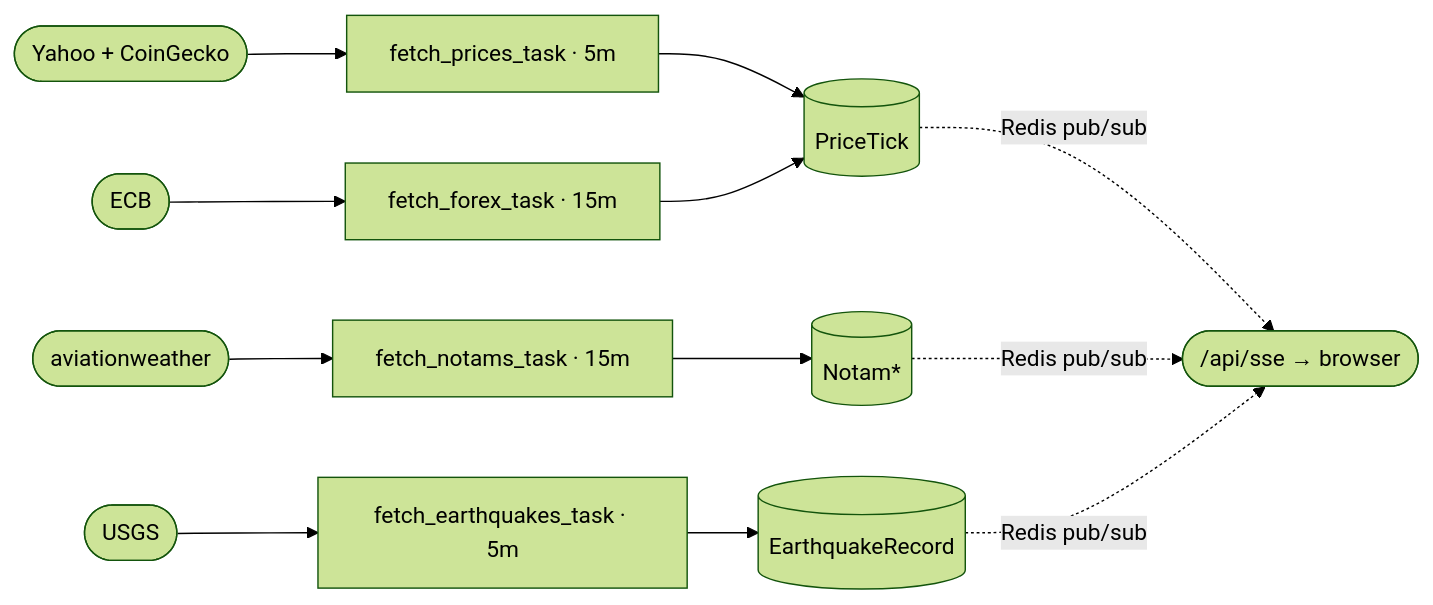
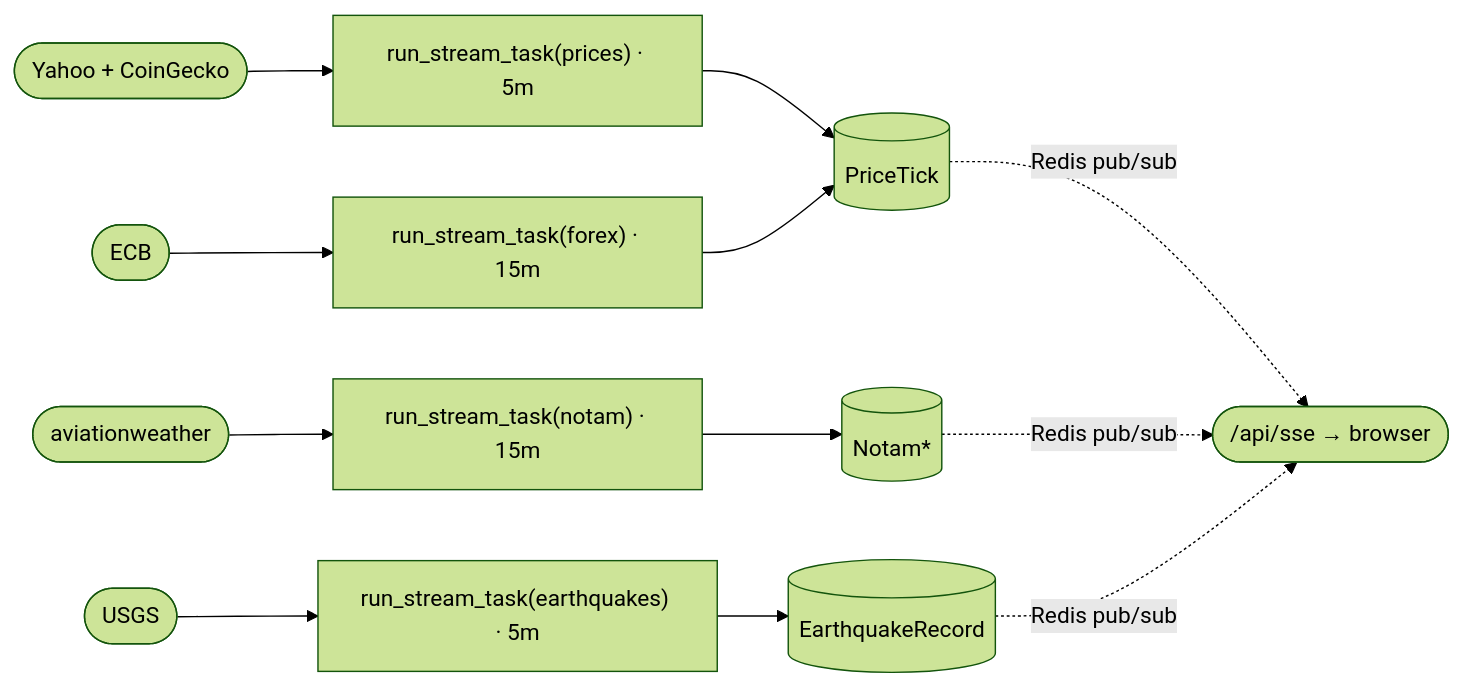
Before and after one commit to jameelhamdan/event-horizon: the second of 2 diagrams in docs/pipeline.md, drawn with Mermaid (forest theme). The commit also changed other lines of this file and 54 other files, not shown here.

````diff
--- a/docs/pipeline.md
+++ b/docs/pipeline.md
@@ -40,8 +60,8 @@
 ```mermaid
 flowchart LR
-    YF([Yahoo + CoinGecko]) --> FP["fetch_prices_task · 5m"] --> PT[(PriceTick)]
-    ECB([ECB]) --> FX["fetch_forex_task · 15m"] --> PT
-    AW([aviationweather]) --> NO["fetch_notams_task · 15m"] --> NZ[(Notam*)]
-    USGS([USGS]) --> EQ["fetch_earthquakes_task · 5m"] --> EQR[(EarthquakeRecord)]
+    YF([Yahoo + CoinGecko]) --> FP["run_stream_task(prices) · 5m"] --> PT[(PriceTick)]
+    ECB([ECB]) --> FX["run_stream_task(forex) · 15m"] --> PT
+    AW([aviationweather]) --> NO["run_stream_task(notam) · 15m"] --> NZ[(Notam*)]
+    USGS([USGS]) --> EQ["run_stream_task(earthquakes) · 5m"] --> EQR[(EarthquakeRecord)]
     PT & NZ & EQR -.->|Redis pub/sub| SSE([/api/sse → browser])
 ```
````
